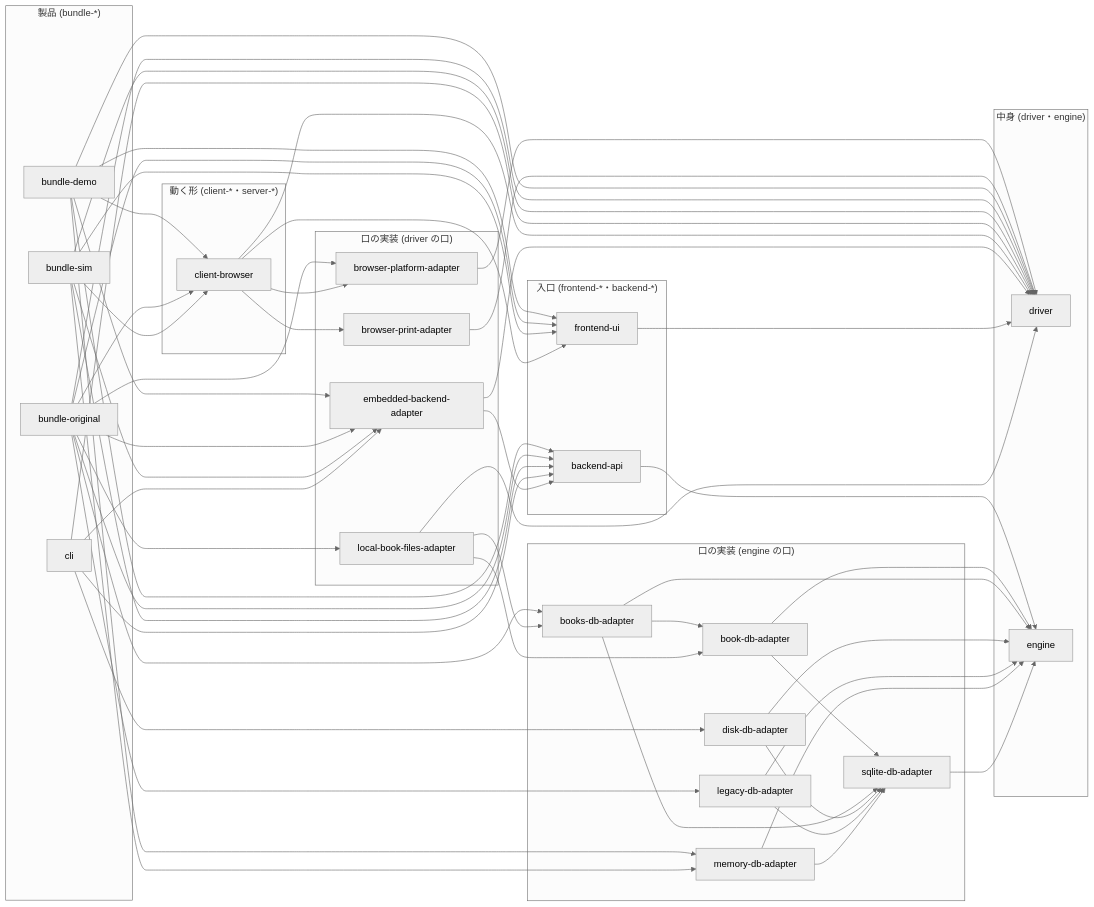
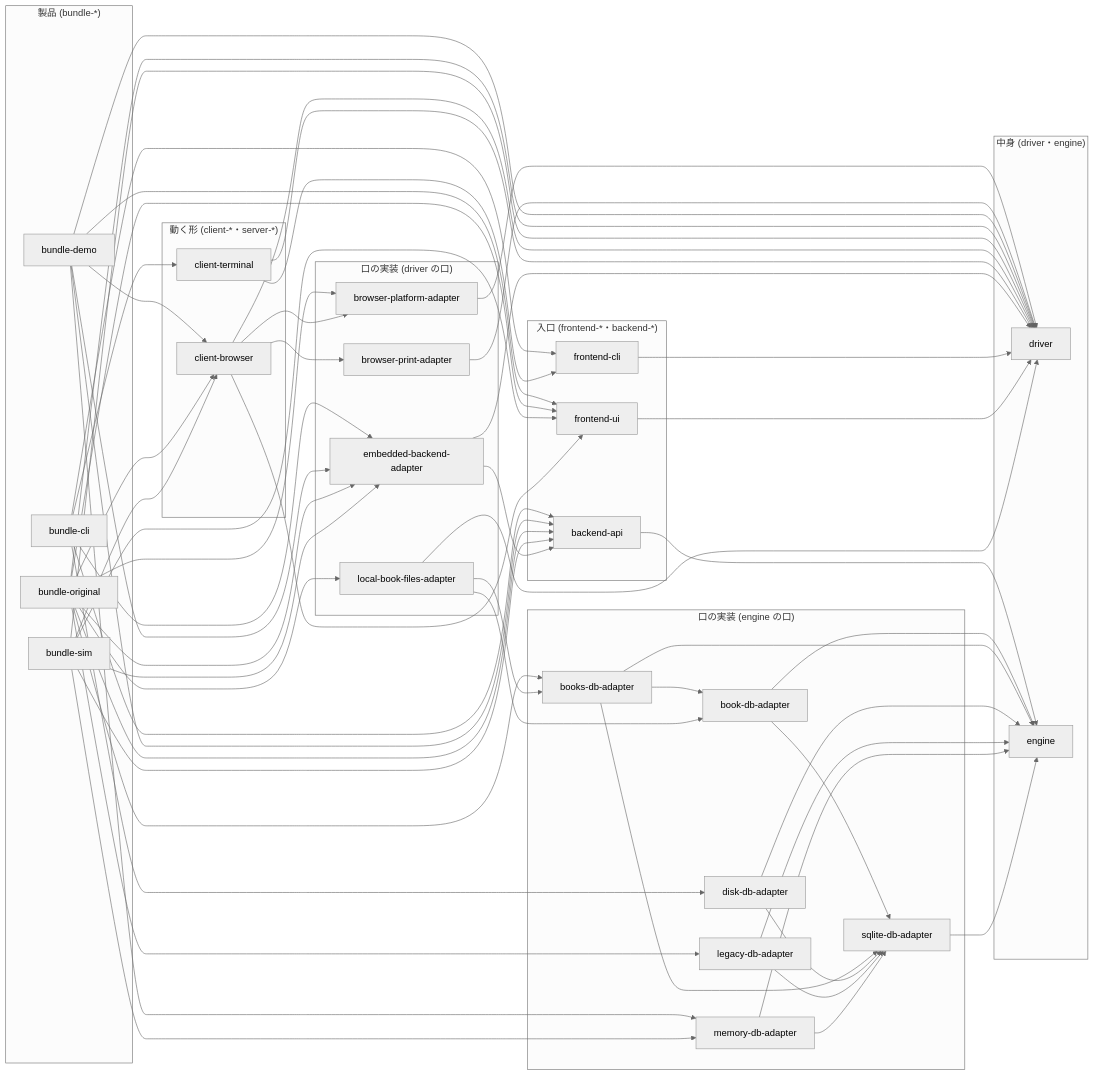
The diagram in docs/dependency-graph.md (rubydogjp/openkk), drawn with Mermaid (neutral theme) before and after one commit. The commit also changed other lines of this file and 46 other files, not shown here.

Commit message:
refactor: コマンドを frontend-cli (コマンドの表)・client-terminal (端末で動かす)・bundle-cli (製品) に分け、仕訳のファイルの取り込みと書き出し・本締めの仕訳づくりを driver の同じ関数にして画面とコマンドで共有する

````diff
--- a/docs/dependency-graph.md
+++ b/docs/dependency-graph.md
@@ -11,18 +11,20 @@
 ```mermaid
 graph LR
   subgraph bundle["製品 (bundle-*)"]
+    rubydogjp_openkk_bundle_cli["bundle-cli"]
     rubydogjp_openkk_bundle_demo["bundle-demo"]
     rubydogjp_openkk_bundle_original["bundle-original"]
     rubydogjp_openkk_bundle_sim["bundle-sim"]
-    rubydogjp_openkk_cli["cli"]
   end
 
   subgraph runtime["動く形 (client-*・server-*)"]
     rubydogjp_openkk_client_browser["client-browser"]
+    rubydogjp_openkk_client_terminal["client-terminal"]
   end
 
   subgraph entry["入口 (frontend-*・backend-*)"]
     rubydogjp_openkk_backend_api["backend-api"]
+    rubydogjp_openkk_frontend_cli["frontend-cli"]
     rubydogjp_openkk_frontend_ui["frontend-ui"]
   end
 
@@ -55,6 +57,11 @@
   rubydogjp_openkk_books_db_adapter --> rubydogjp_openkk_sqlite_db_adapter
   rubydogjp_openkk_browser_platform_adapter --> rubydogjp_openkk_driver
   rubydogjp_openkk_browser_print_adapter --> rubydogjp_openkk_driver
+  rubydogjp_openkk_bundle_cli --> rubydogjp_openkk_backend_api
+  rubydogjp_openkk_bundle_cli --> rubydogjp_openkk_client_terminal
+  rubydogjp_openkk_bundle_cli --> rubydogjp_openkk_disk_db_adapter
+  rubydogjp_openkk_bundle_cli --> rubydogjp_openkk_embedded_backend_adapter
+  rubydogjp_openkk_bundle_cli --> rubydogjp_openkk_frontend_cli
   rubydogjp_openkk_bundle_demo --> rubydogjp_openkk_backend_api
   rubydogjp_openkk_bundle_demo --> rubydogjp_openkk_client_browser
   rubydogjp_openkk_bundle_demo --> rubydogjp_openkk_driver
@@ -76,18 +83,17 @@
   rubydogjp_openkk_bundle_sim --> rubydogjp_openkk_embedded_backend_adapter
   rubydogjp_openkk_bundle_sim --> rubydogjp_openkk_frontend_ui
   rubydogjp_openkk_bundle_sim --> rubydogjp_openkk_memory_db_adapter
-  rubydogjp_openkk_cli --> rubydogjp_openkk_backend_api
-  rubydogjp_openkk_cli --> rubydogjp_openkk_disk_db_adapter
-  rubydogjp_openkk_cli --> rubydogjp_openkk_driver
-  rubydogjp_openkk_cli --> rubydogjp_openkk_embedded_backend_adapter
   rubydogjp_openkk_client_browser --> rubydogjp_openkk_browser_platform_adapter
   rubydogjp_openkk_client_browser --> rubydogjp_openkk_browser_print_adapter
   rubydogjp_openkk_client_browser --> rubydogjp_openkk_driver
   rubydogjp_openkk_client_browser --> rubydogjp_openkk_frontend_ui
+  rubydogjp_openkk_client_terminal --> rubydogjp_openkk_driver
+  rubydogjp_openkk_client_terminal --> rubydogjp_openkk_frontend_cli
   rubydogjp_openkk_disk_db_adapter --> rubydogjp_openkk_engine
   rubydogjp_openkk_disk_db_adapter --> rubydogjp_openkk_sqlite_db_adapter
   rubydogjp_openkk_embedded_backend_adapter --> rubydogjp_openkk_backend_api
   rubydogjp_openkk_embedded_backend_adapter --> rubydogjp_openkk_driver
+  rubydogjp_openkk_frontend_cli --> rubydogjp_openkk_driver
   rubydogjp_openkk_frontend_ui --> rubydogjp_openkk_driver
   rubydogjp_openkk_legacy_db_adapter --> rubydogjp_openkk_engine
   rubydogjp_openkk_legacy_db_adapter --> rubydogjp_openkk_sqlite_db_adapter
````
